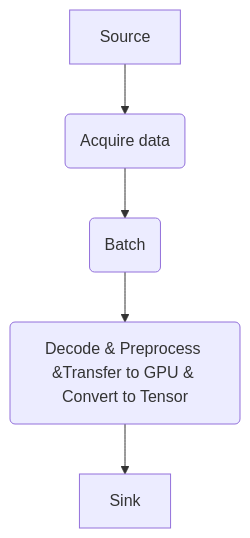
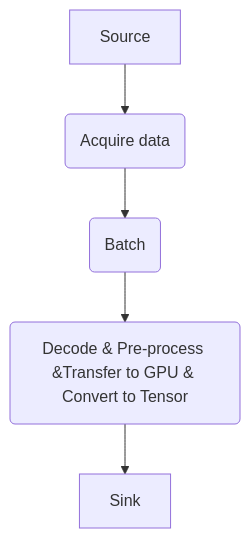
Before and after one commit to facebookresearch/spdl: the diagram in docs/source/getting_started/stages.rst, drawn with Mermaid. The commit also changed other lines of this file and 12 other files, not shown here.

```diff
--- a/docs/source/getting_started/stages.rst
+++ b/docs/source/getting_started/stages.rst
@@ -83,7 +83,7 @@
 .. mermaid::
 
    flowchart TD
        A[Source] --> B(Acquire data)
        B --> C(Batch)
-       C --> D(Decode & Preprocess &Transfer to GPU & Convert to Tensor)
+       C --> D(Decode & Pre-process &Transfer to GPU & Convert to Tensor)
        D --> E[Sink]
```
